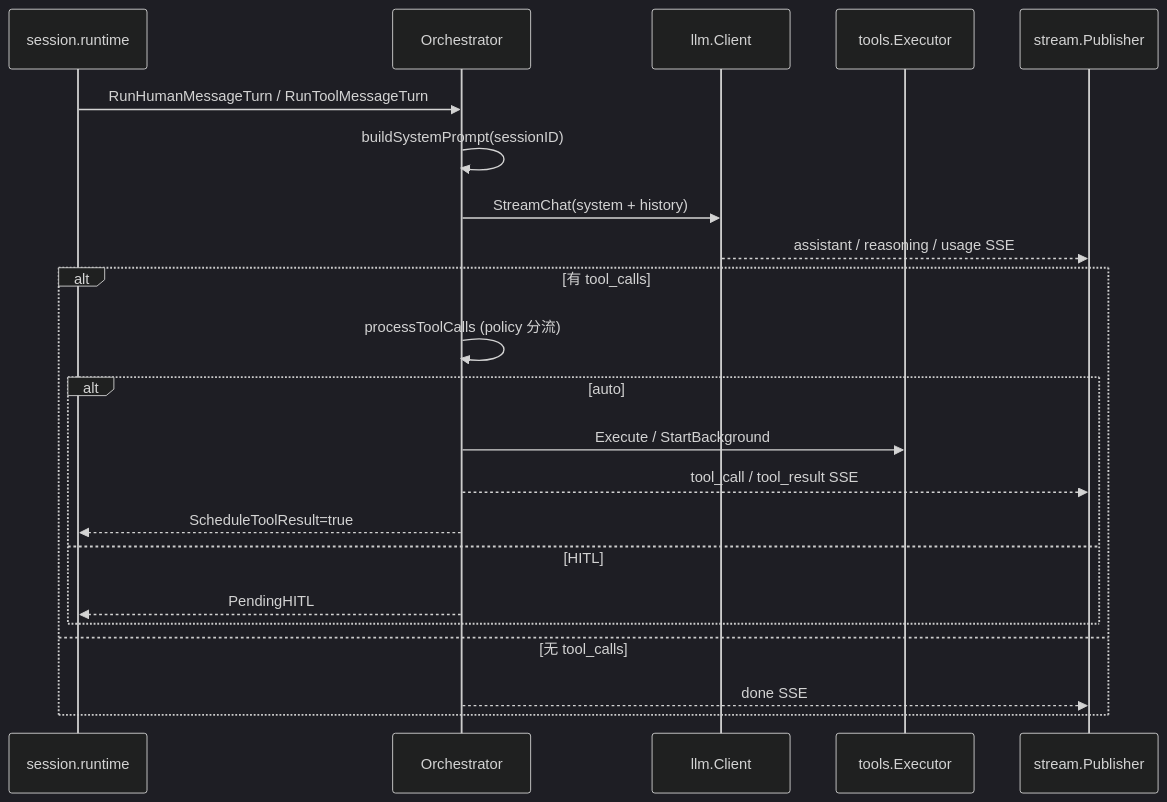
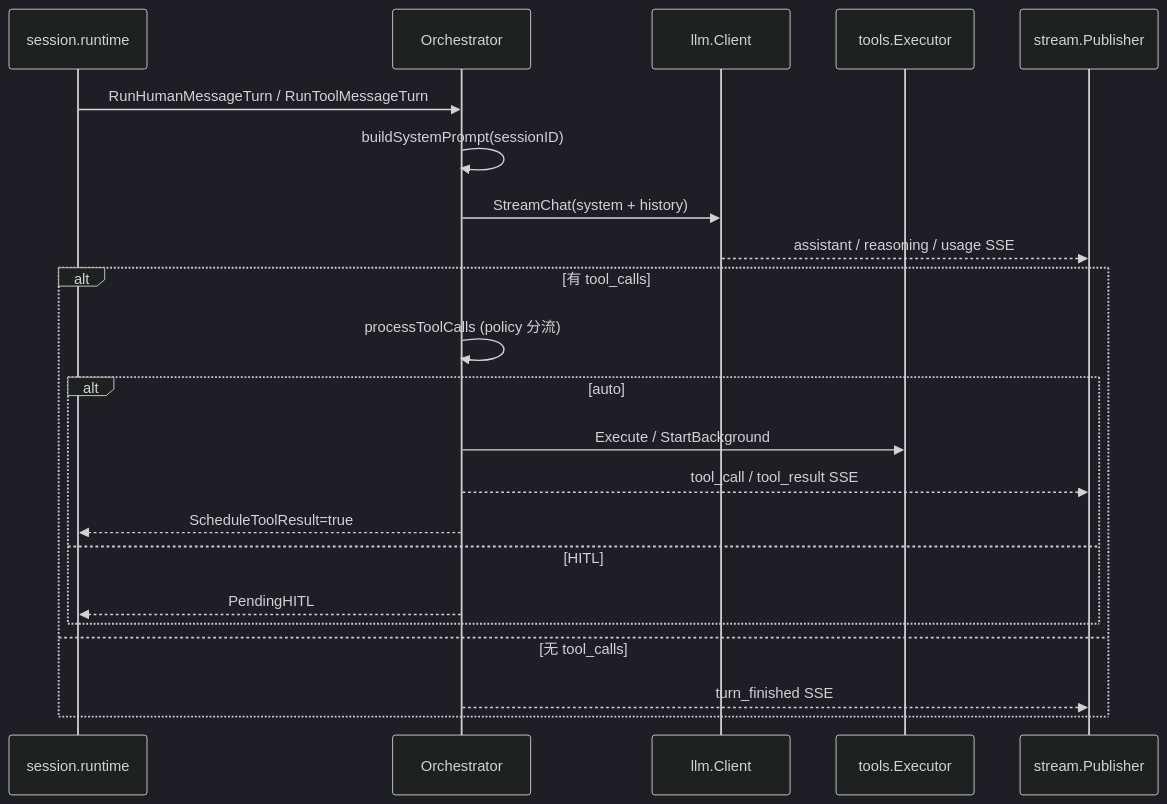
Before and after one commit to DGS-ai-team/DAgents: the diagram in node/internal/turn/README.md, drawn with Mermaid (dark theme). The commit also changed other lines of this file and 58 other files, not shown here.

````diff
--- a/node/internal/turn/README.md
+++ b/node/internal/turn/README.md
@@ -22,25 +22,25 @@
 ```mermaid
 sequenceDiagram
     participant RT as session.runtime
     participant O as Orchestrator
     participant LLM as llm.Client
     participant T as tools.Executor
     participant H as stream.Publisher
 
     RT->>O: RunHumanMessageTurn / RunToolMessageTurn
     O->>O: buildSystemPrompt(sessionID)
     O->>LLM: StreamChat(system + history)
     LLM-->>H: assistant / reasoning / usage SSE
     alt 有 tool_calls
         O->>O: processToolCalls (policy 分流)
         alt auto
             O->>T: Execute / StartBackground
             O-->>H: tool_call / tool_result SSE
             O-->>RT: ScheduleToolResult=true
         else HITL
             O-->>RT: PendingHITL
         end
     else 无 tool_calls
-        O-->>H: done SSE
+        O-->>H: turn_finished SSE
     end
 ```
````
